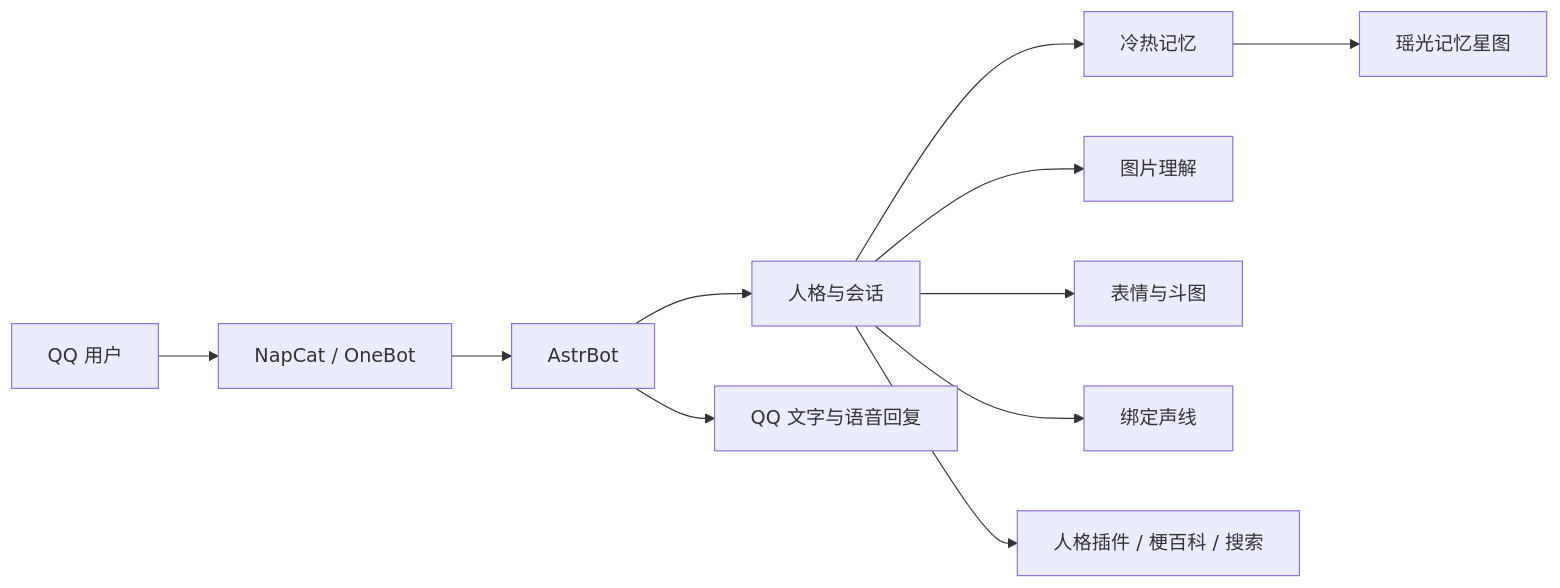
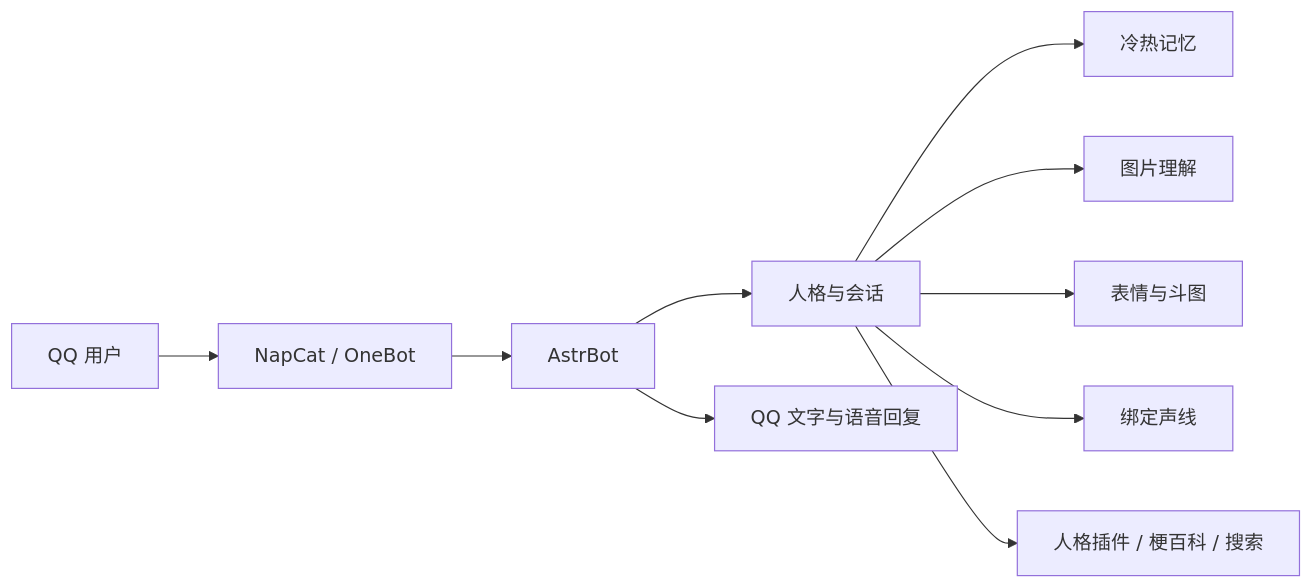
One commit to jiangxianyan/tafeiyu changed the diagram in README.md. Above: the diagram before and after it, drawn with Mermaid. The commit also changed other lines of this file and 14 other files, not shown here.

````diff
--- a/README.md
+++ b/README.md
@@ -97,13 +96,12 @@
 ```mermaid
 flowchart LR
     QQ[QQ 用户] --> N[NapCat / OneBot]
     N --> A[AstrBot]
     A --> P[人格与会话]
     P --> M[冷热记忆]
     P --> V[图片理解]
     P --> S[表情与斗图]
     P --> T[绑定声线]
     P --> X[人格插件 / 梗百科 / 搜索]
-    M --> G[瑶光记忆星图]
     A --> Q[QQ 文字与语音回复]
 ```
````
